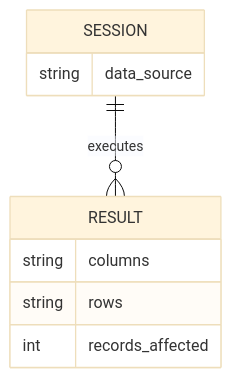
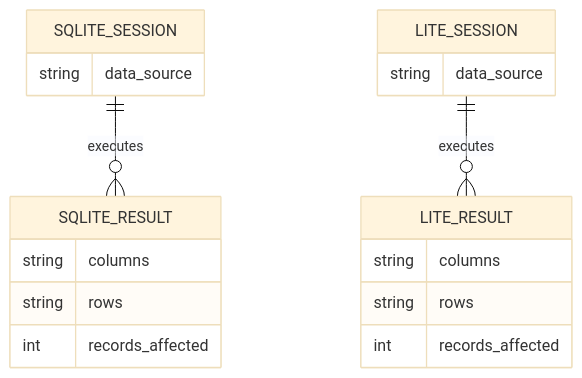
Before and after one commit to Novolis-Platform/novolis-tools: the third of 3 diagrams in docs/design.md, drawn with Mermaid (base theme). The commit also changed other lines of this file and 20 other files, not shown here.

Commit message:
Add LiteDb session/CLI tools and harden SqliteSession helpers.

````diff
--- a/docs/design.md
+++ b/docs/design.md
@@ -54,12 +61,21 @@
 ```mermaid
 erDiagram
-  SESSION ||--o{ RESULT : executes
-  RESULT {
+  SQLITE_SESSION ||--o{ SQLITE_RESULT : executes
+  LITE_SESSION ||--o{ LITE_RESULT : executes
+  SQLITE_RESULT {
     string columns
     string rows
     int records_affected
   }
-  SESSION {
+  LITE_RESULT {
+    string columns
+    string rows
+    int records_affected
+  }
+  SQLITE_SESSION {
+    string data_source
+  }
+  LITE_SESSION {
     string data_source
   }
 ```
````
